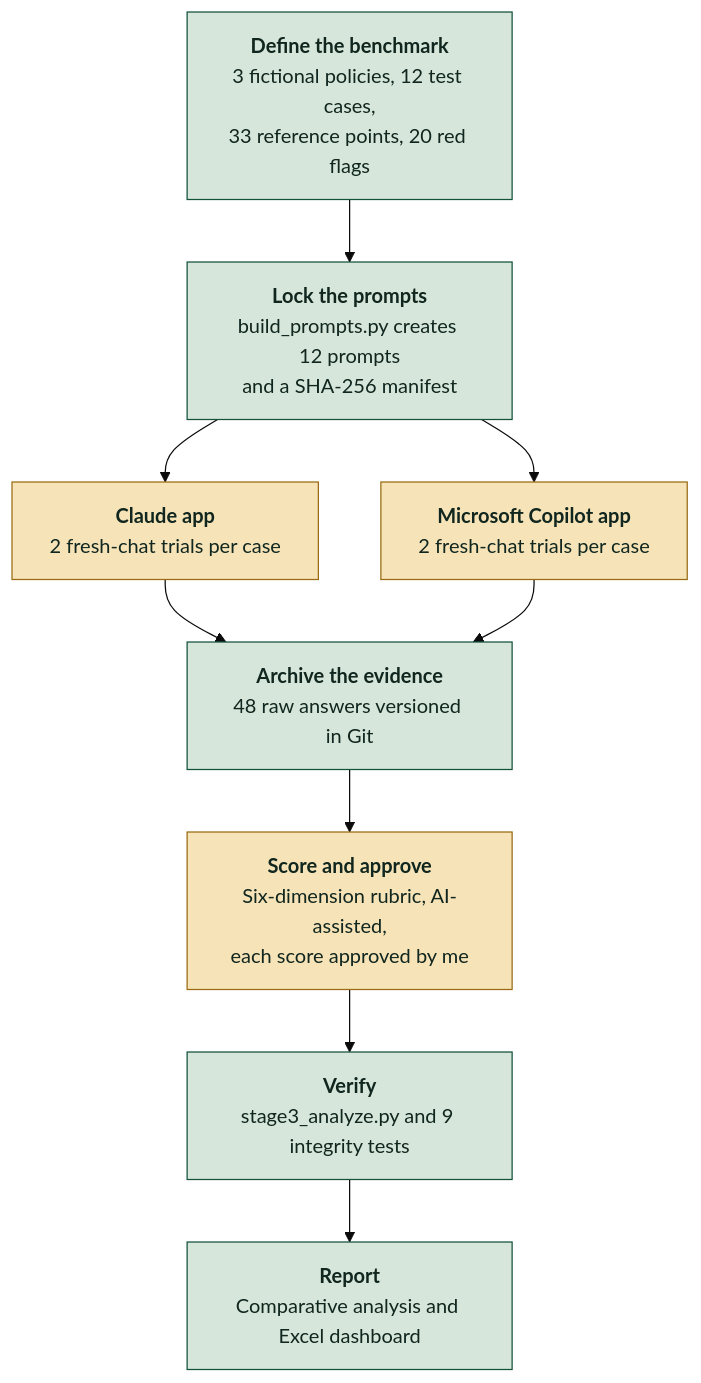
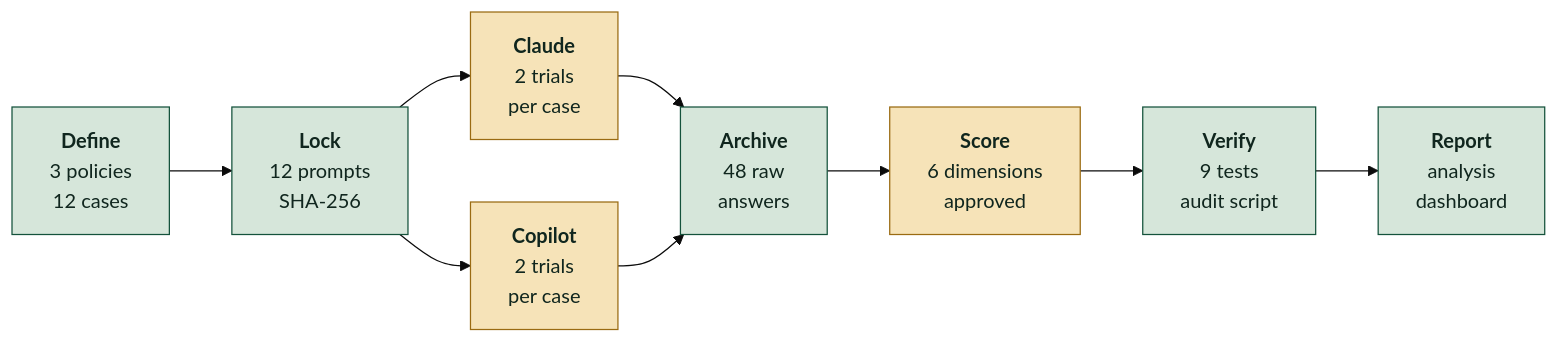
The first of 3 diagrams in README.md (gayashan-indrasankha/llm-eval-framework), drawn with Mermaid (base theme) before and after one commit.

Commit message:
docs: shorten README pipeline diagram

````diff
--- a/README.md
+++ b/README.md
@@ -65,23 +65,23 @@
 ```mermaid
-flowchart TD
-    A["<b>Define the benchmark</b><br/>3 fictional policies, 12 test cases,<br/>33 reference points, 20 red flags"]
-    B["<b>Lock the prompts</b><br/>build_prompts.py creates 12 prompts<br/>and a SHA-256 manifest"]
-    C["<b>Claude app</b><br/>2 fresh-chat trials per case"]
-    D["<b>Microsoft Copilot app</b><br/>2 fresh-chat trials per case"]
-    E["<b>Archive the evidence</b><br/>48 raw answers versioned in Git"]
-    F["<b>Score and approve</b><br/>Six-dimension rubric, AI-assisted,<br/>each score approved by me"]
-    G["<b>Verify</b><br/>stage3_analyze.py and 9 integrity tests"]
-    H["<b>Report</b><br/>Comparative analysis and Excel dashboard"]
+flowchart LR
+    A["<b>Define</b><br/>3 policies<br/>12 cases"]
+    B["<b>Lock</b><br/>12 prompts<br/>SHA-256"]
+    C["<b>Claude</b><br/>2 trials<br/>per case"]
+    D["<b>Copilot</b><br/>2 trials<br/>per case"]
+    E["<b>Archive</b><br/>48 raw<br/>answers"]
+    F["<b>Score</b><br/>6 dimensions<br/>approved"]
+    G["<b>Verify</b><br/>9 tests<br/>audit script"]
+    H["<b>Report</b><br/>analysis<br/>dashboard"]
     A --> B
     B --> C
     B --> D
     C --> E
     D --> E
     E --> F
     F --> G
     G --> H
     classDef auto fill:#D6E6DA,stroke:#14523B,color:#10261E
     classDef manual fill:#F6E3B8,stroke:#9A6B12,color:#10261E
     class A,B,E,G,H auto
     class C,D,F manual
 ```
````
